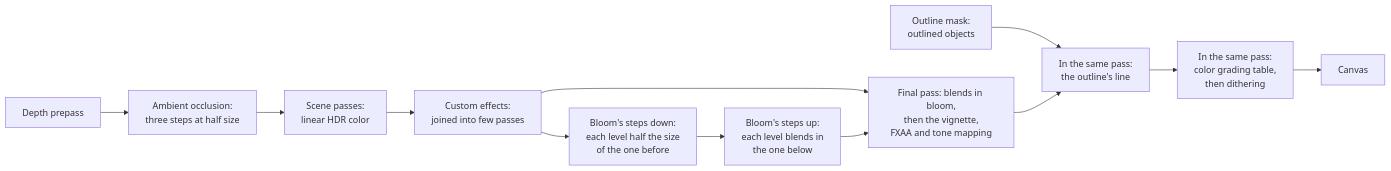
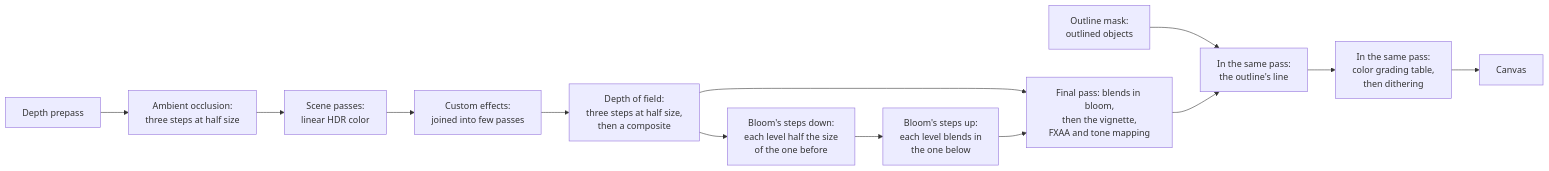
One commit to null3d-engine/null3d changed the diagram in docs/concepts/post-processing.md. Above: the diagram before and after it, drawn with Mermaid. The commit also changed other lines of this file and 87 other files, not shown here.

````diff
--- a/docs/concepts/post-processing.md
+++ b/docs/concepts/post-processing.md
@@ -13,14 +13,15 @@
 ```mermaid
 flowchart LR
     prepass["Depth prepass"] --> ao["Ambient occlusion:<br/>three steps at half size"]
     ao --> scene
     scene["Scene passes:<br/>linear HDR color"] --> custom["Custom effects:<br/>joined into few passes"]
-    custom --> down["Bloom's steps down:<br/>each level half the size<br/>of the one before"]
+    custom --> dof["Depth of field:<br/>three steps at half size,<br/>then a composite"]
+    dof --> down["Bloom's steps down:<br/>each level half the size<br/>of the one before"]
     down --> up["Bloom's steps up:<br/>each level blends in<br/>the one below"]
-    custom --> final["Final pass: blends in bloom,<br/>then the vignette,<br/>FXAA and tone mapping"]
+    dof --> final["Final pass: blends in bloom,<br/>then the vignette,<br/>FXAA and tone mapping"]
     up --> final
     mask["Outline mask:<br/>outlined objects"] --> line
     final --> line["In the same pass:<br/>the outline's line"]
     line --> grade["In the same pass:<br/>color grading table,<br/>then dithering"]
     grade --> canvas["Canvas"]
 ```
````
